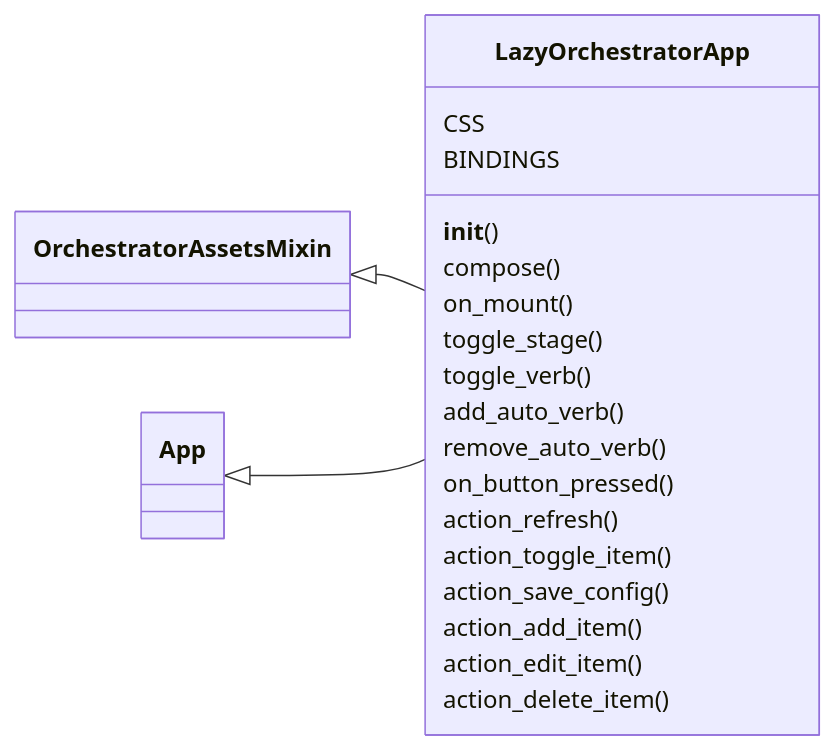
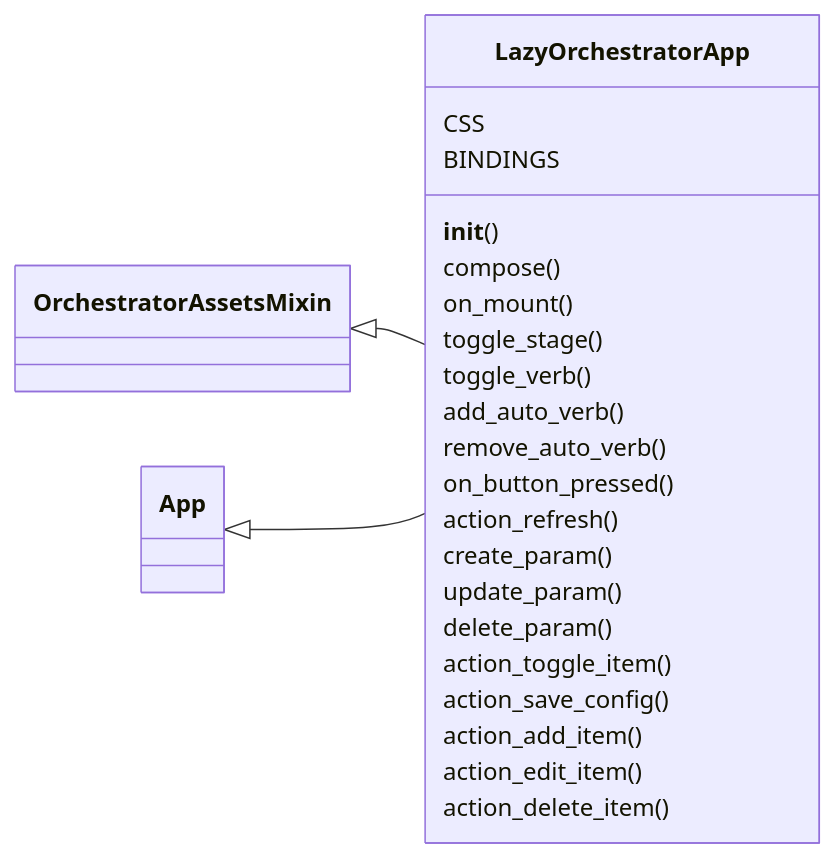
One commit to grisuno/LazyOwn changed the first of 2 diagrams in readmenator-apidocs/modules/cli.lazy_orchestrator.py.md. Above: the diagram before and after it, drawn with Mermaid. The commit also changed other lines of this file and 258 other files, not shown here.

````diff
--- a/readmenator-apidocs/modules/cli.lazy_orchestrator.py.md
+++ b/readmenator-apidocs/modules/cli.lazy_orchestrator.py.md
@@ -29,25 +29,28 @@
 ```mermaid
 classDiagram
     direction LR
     class LazyOrchestratorApp
     LazyOrchestratorApp : CSS
     LazyOrchestratorApp : BINDINGS
     LazyOrchestratorApp : __init__()
     LazyOrchestratorApp : compose()
     LazyOrchestratorApp : on_mount()
     LazyOrchestratorApp : toggle_stage()
     LazyOrchestratorApp : toggle_verb()
     LazyOrchestratorApp : add_auto_verb()
     LazyOrchestratorApp : remove_auto_verb()
     LazyOrchestratorApp : on_button_pressed()
     LazyOrchestratorApp : action_refresh()
+    LazyOrchestratorApp : create_param()
+    LazyOrchestratorApp : update_param()
+    LazyOrchestratorApp : delete_param()
     LazyOrchestratorApp : action_toggle_item()
     LazyOrchestratorApp : action_save_config()
     LazyOrchestratorApp : action_add_item()
     LazyOrchestratorApp : action_edit_item()
     LazyOrchestratorApp : action_delete_item()
     class OrchestratorAssetsMixin
     OrchestratorAssetsMixin <|-- LazyOrchestratorApp
     class App
     App <|-- LazyOrchestratorApp
 ```
````
